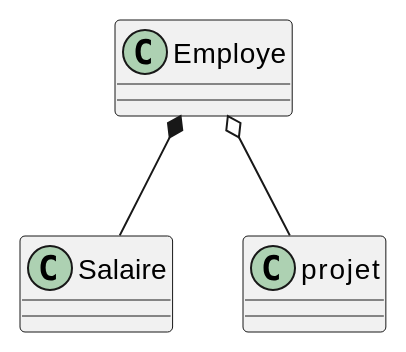
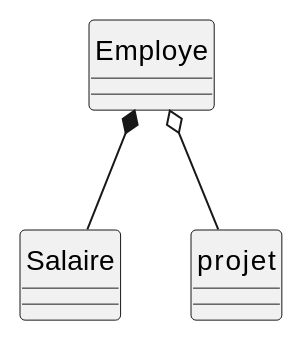
One commit to ldv-melun/sio-slam changed the diagram in sio-slam-programmation/modules/ROOT/pages/d_classe.adoc. Above: the diagram before and after it, drawn with PlantUML. The commit also changed other lines of this file and 9 other files, not shown here.

Commit message:
add semaine 19 septembre + hide circle (plantuml reda)

```diff
--- a/sio-slam-programmation/modules/ROOT/pages/d_classe.adoc
+++ b/sio-slam-programmation/modules/ROOT/pages/d_classe.adoc
@@ -189,7 +193,8 @@
 [plantuml]
 -----
 
 Employe *-- Salaire
 Employe o-- projet
 
+hide circle
 -----
```
